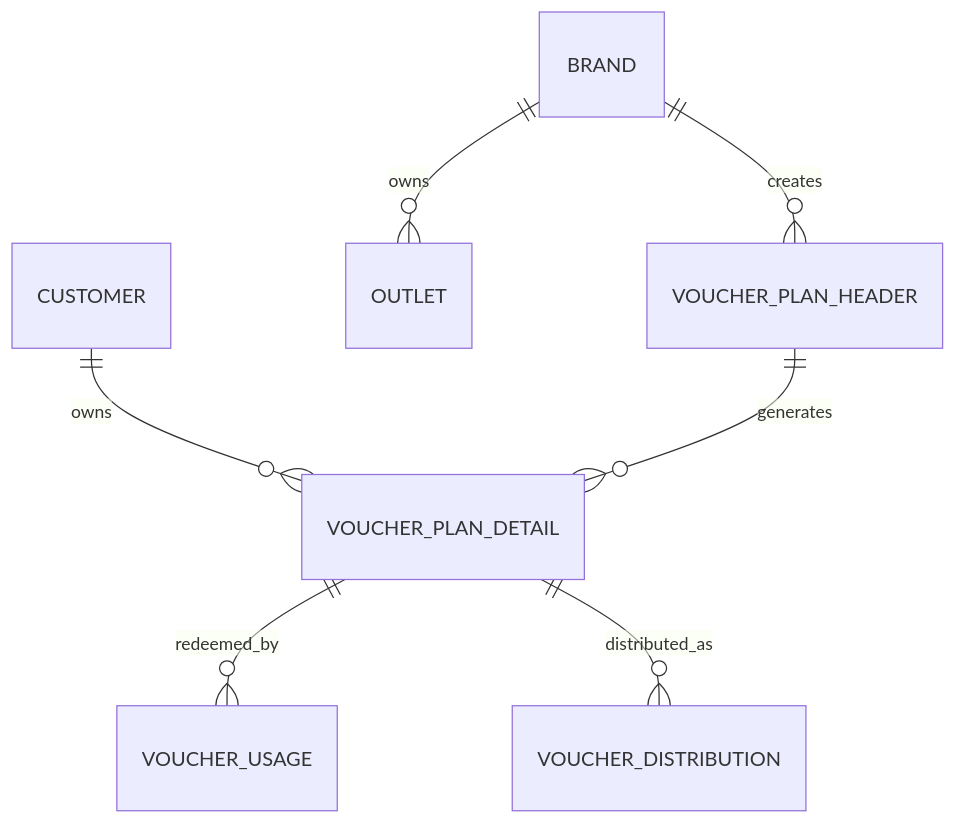
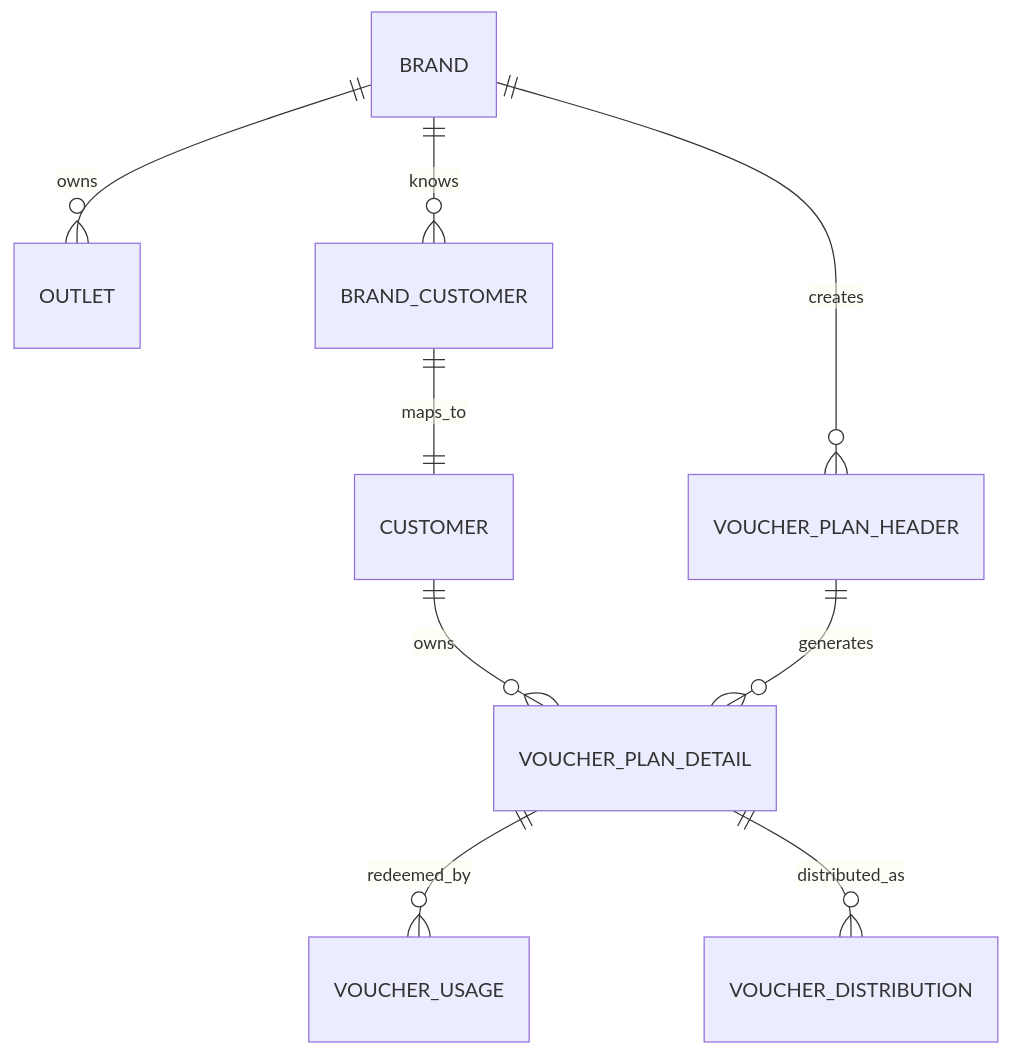
One commit to lamhongbac/NonCash changed diagram 11 of 12 in .qoder/repowiki/en/content/Business Logic and Workflows/Customer and Business Management.md. Above: the diagram before and after it, drawn with Mermaid. The commit also changed other lines of this file and 57 other files, not shown here.

````diff
--- a/.qoder/repowiki/en/content/Business Logic and Workflows/Customer and Business Management.md
+++ b/.qoder/repowiki/en/content/Business Logic and Workflows/Customer and Business Management.md
@@ -492,9 +566,11 @@
 ```mermaid
 erDiagram
 CUSTOMER ||--o{ VOUCHER_PLAN_DETAIL : "owns"
 BRAND ||--o{ OUTLET : "owns"
 BRAND ||--o{ VOUCHER_PLAN_HEADER : "creates"
 VOUCHER_PLAN_HEADER ||--o{ VOUCHER_PLAN_DETAIL : "generates"
 VOUCHER_PLAN_DETAIL ||--o{ VOUCHER_USAGE : "redeemed_by"
 VOUCHER_PLAN_DETAIL ||--o{ VOUCHER_DISTRIBUTION : "distributed_as"
+BRAND ||--o{ BRAND_CUSTOMER : "knows"
+BRAND_CUSTOMER ||--|| CUSTOMER : "maps_to"
 ```
````
